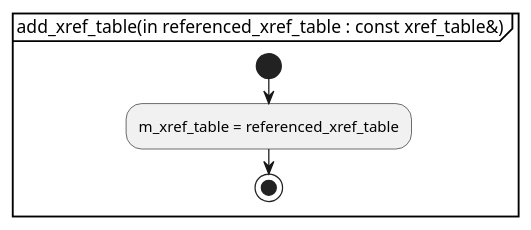
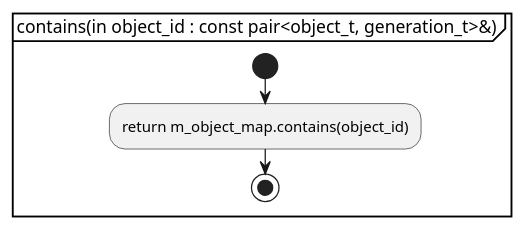
The first of 3 diagrams in document/document_reader/object_pool/object_pool.activity.pu (KodaiYM/PDFReader), drawn with PlantUML before and after one commit. The commit also changed other lines of this file and 3 other files, not shown here.

```diff
--- a/document/document_reader/object_pool/object_pool.activity.pu
+++ b/document/document_reader/object_pool/object_pool.activity.pu
@@ -1,8 +1,7 @@
-@startuml add_xref_table
-partition "add_xref_table(in referenced_xref_table : const xref_table&)" {
+@startuml contains
+partition "contains(in object_id : const pair<object_t, generation_t>&)" {
 start
-	' HACK: change to add
-	:m_xref_table = referenced_xref_table;
+	:return m_object_map.contains(object_id);
 stop
 }
 @enduml
```
